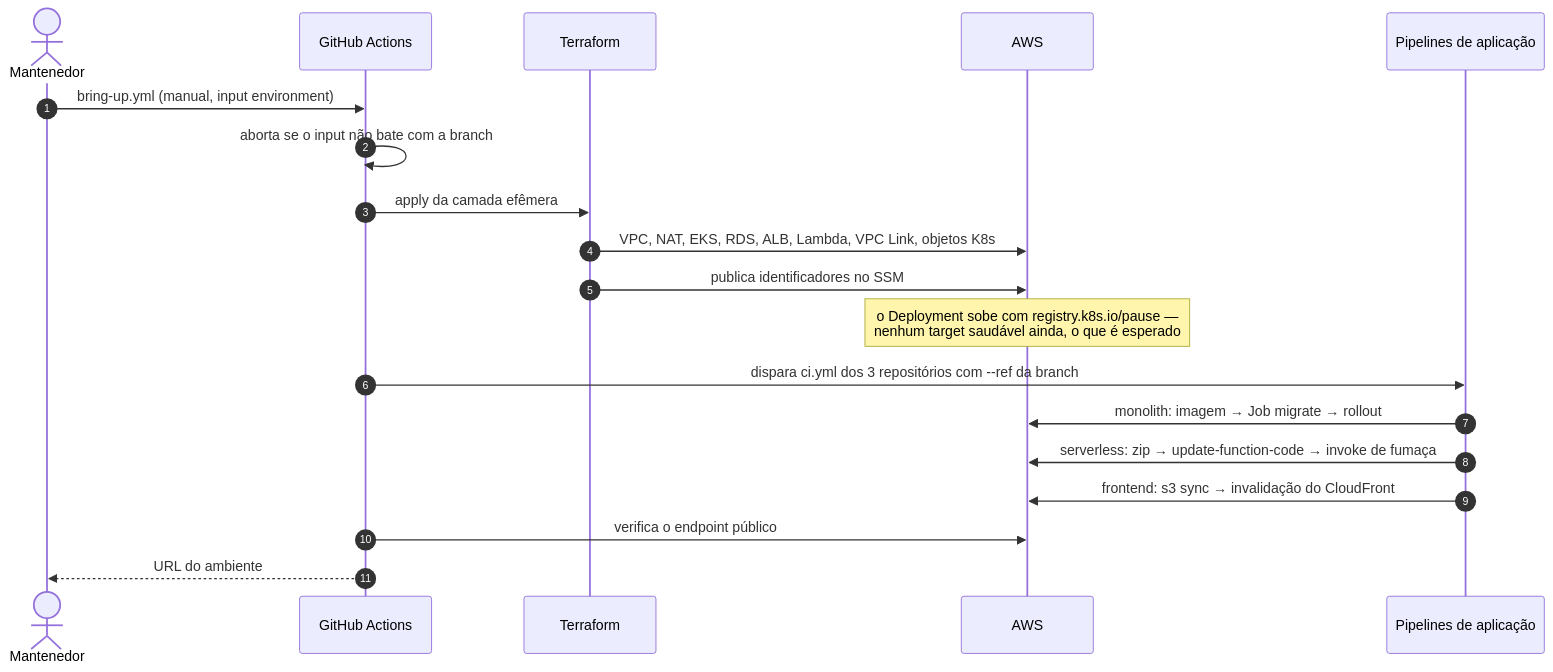
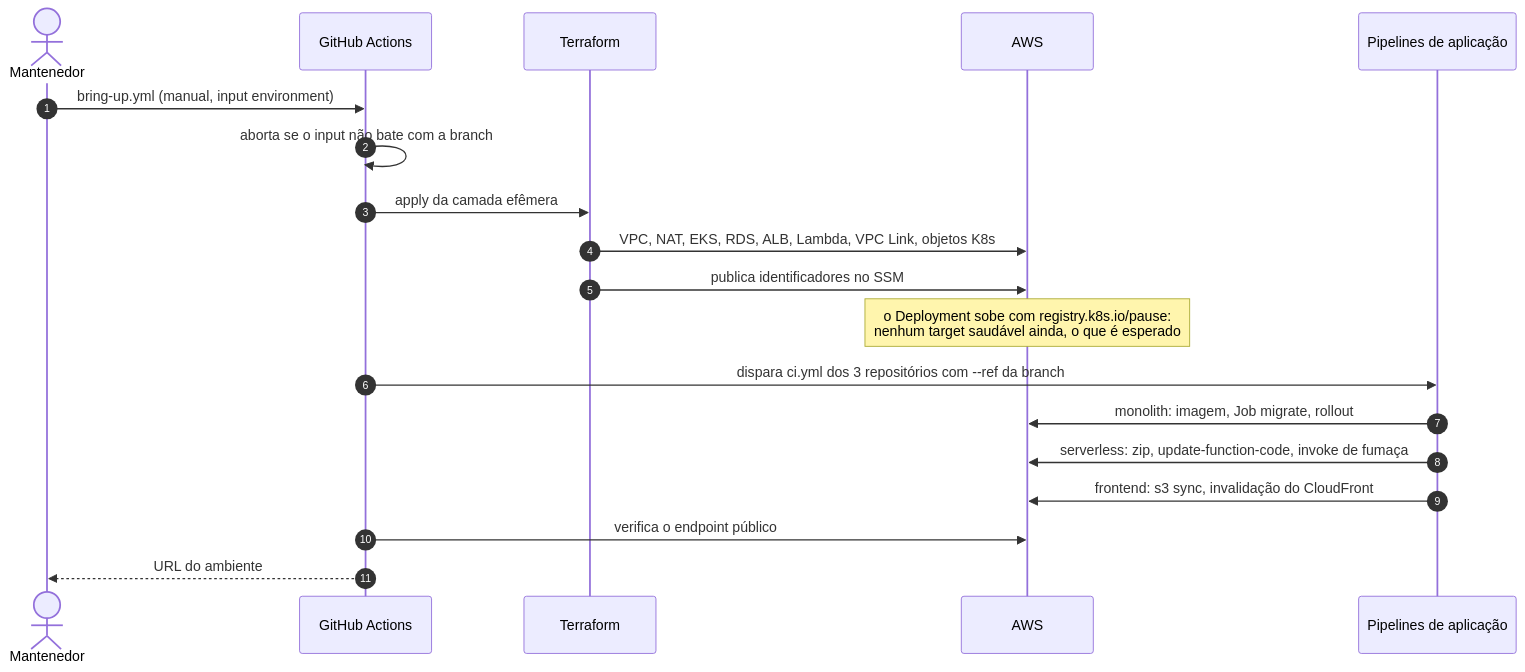
One commit to SOAT-15-Oficina/oficina-mecanica-infrastructure changed the second of 2 diagrams in docs/diagramas/implantacao.md. Above: the diagram before and after it, drawn with Mermaid. The commit also changed other lines of this file and 23 other files, not shown here.

````diff
--- a/docs/diagramas/implantacao.md
+++ b/docs/diagramas/implantacao.md
@@ -66,22 +81,22 @@
 ```mermaid
 sequenceDiagram
     autonumber
     actor DEV as Mantenedor
     participant GHA as GitHub Actions
     participant TF as Terraform
     participant AWS as AWS
     participant APP as Pipelines de aplicação
 
     DEV->>GHA: bring-up.yml (manual, input environment)
     GHA->>GHA: aborta se o input não bate com a branch
     GHA->>TF: apply da camada efêmera
     TF->>AWS: VPC, NAT, EKS, RDS, ALB, Lambda, VPC Link, objetos K8s
     TF->>AWS: publica identificadores no SSM
-    Note over AWS: o Deployment sobe com registry.k8s.io/pause —<br/>nenhum target saudável ainda, o que é esperado
+    Note over AWS: o Deployment sobe com registry.k8s.io/pause:<br/>nenhum target saudável ainda, o que é esperado
     GHA->>APP: dispara ci.yml dos 3 repositórios com --ref da branch
-    APP->>AWS: monolith: imagem → Job migrate → rollout
-    APP->>AWS: serverless: zip → update-function-code → invoke de fumaça
-    APP->>AWS: frontend: s3 sync → invalidação do CloudFront
+    APP->>AWS: monolith: imagem, Job migrate, rollout
+    APP->>AWS: serverless: zip, update-function-code, invoke de fumaça
+    APP->>AWS: frontend: s3 sync, invalidação do CloudFront
     GHA->>AWS: verifica o endpoint público
     GHA-->>DEV: URL do ambiente
 ```
````
